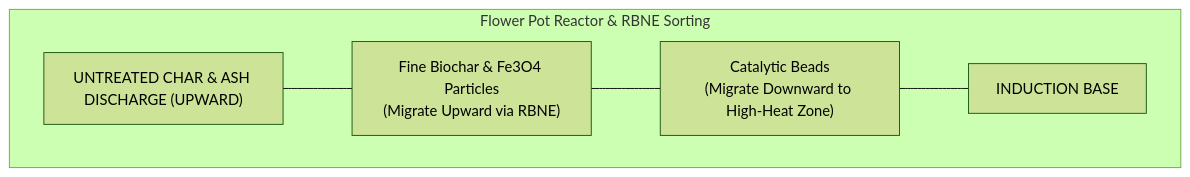
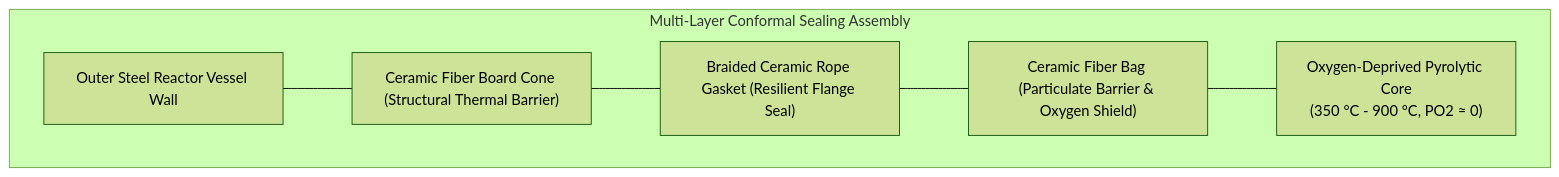
Before and after one commit to PubInv/Biochar-Toilet: the fifth of 8 diagrams in paper/paper.md, drawn with Mermaid (forest theme). The commit also changed other lines of this file and 1 other file, not shown here.

````diff
--- a/paper/paper.md
+++ b/paper/paper.md
@@ -232,13 +304,15 @@
 ```mermaid
 graph TD
-    subgraph RBNE["Flower Pot Reactor & RBNE Sorting"]
-        A["UNTREATED CHAR & ASH DISCHARGE (UPWARD)"]
-        B["Fine Biochar & Fe3O4 Particles<br/>(Migrate Upward via RBNE)"]
-        C["Catalytic Beads<br/>(Migrate Downward to High-Heat Zone)"]
-        D["INDUCTION BASE"]
+    subgraph Sealing["Multi-Layer Conformal Sealing Assembly"]
+        A["Outer Steel Reactor Vessel Wall"]
+        B["Ceramic Fiber Board Cone (Structural Thermal Barrier)"]
+        C["Braided Ceramic Rope Gasket (Resilient Flange Seal)"]
+        D["Ceramic Fiber Bag (Particulate Barrier & Oxygen Shield)"]
+        E["Oxygen-Deprived Pyrolytic Core<br/>(350 °C - 900 °C, PO2 ≈ 0)"]
 
         A --- B
         B --- C
         C --- D
+        D --- E
     end
 ```
````
